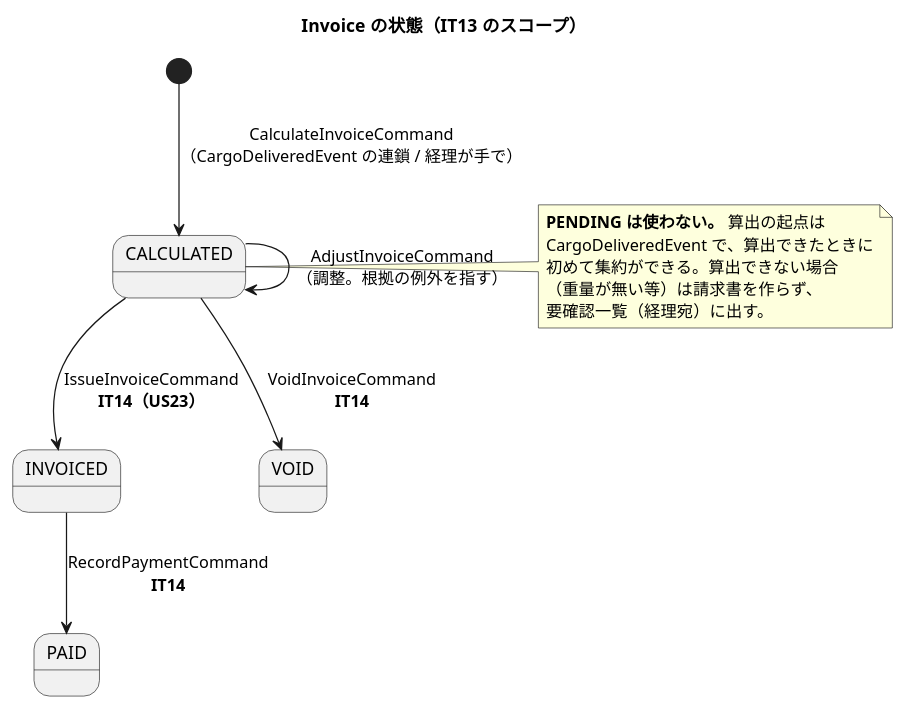
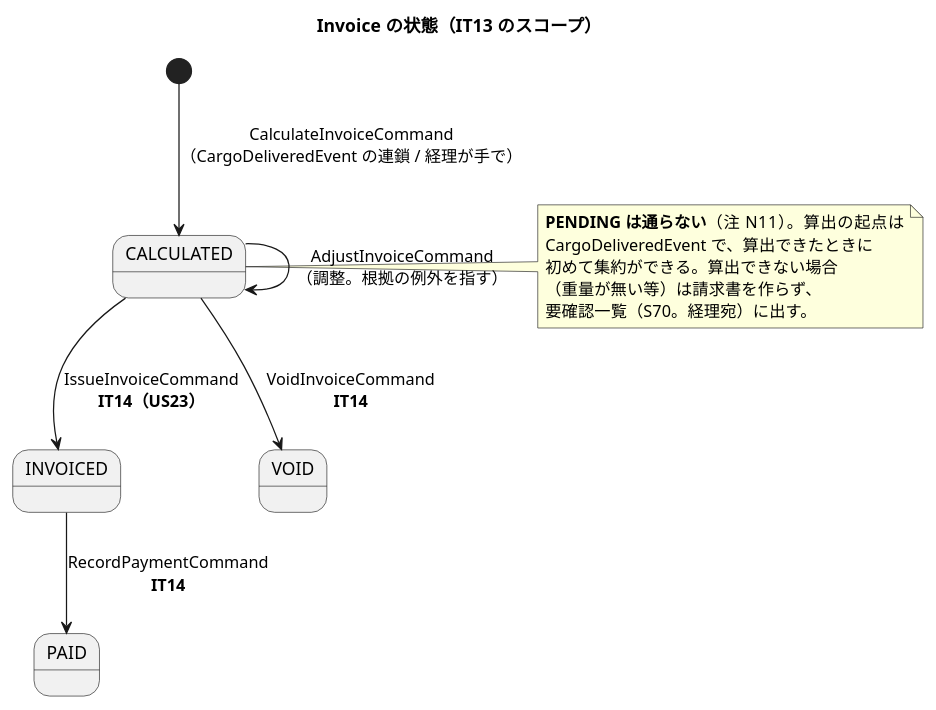
Before and after one commit to k2works/case-study-cargo-tracker: the second of 4 diagrams in docs/development/cargo-tracker/iteration_plan-13.md, drawn with PlantUML. The commit also changed other lines of this file and 3 other files, not shown here.

````diff
--- a/docs/development/cargo-tracker/iteration_plan-13.md
+++ b/docs/development/cargo-tracker/iteration_plan-13.md
@@ -262,19 +285,19 @@
 ```plantuml
 @startuml
 title Invoice の状態（IT13 のスコープ）
 
 [*] --> CALCULATED : CalculateInvoiceCommand\n（CargoDeliveredEvent の連鎖 / 経理が手で）
 CALCULATED --> CALCULATED : AdjustInvoiceCommand\n（調整。根拠の例外を指す）
 CALCULATED --> INVOICED : IssueInvoiceCommand\n**IT14（US23）**
 INVOICED --> PAID : RecordPaymentCommand\n**IT14**
 CALCULATED --> VOID : VoidInvoiceCommand\n**IT14**
 
 note right of CALCULATED
-  **PENDING は使わない。** 算出の起点は
+  **PENDING は通らない**（注 N11）。算出の起点は
   CargoDeliveredEvent で、算出できたときに
   初めて集約ができる。算出できない場合
   （重量が無い等）は請求書を作らず、
-  要確認一覧（経理宛）に出す。
+  要確認一覧（S70。経理宛）に出す。
 end note
 @enduml
 ```
````
